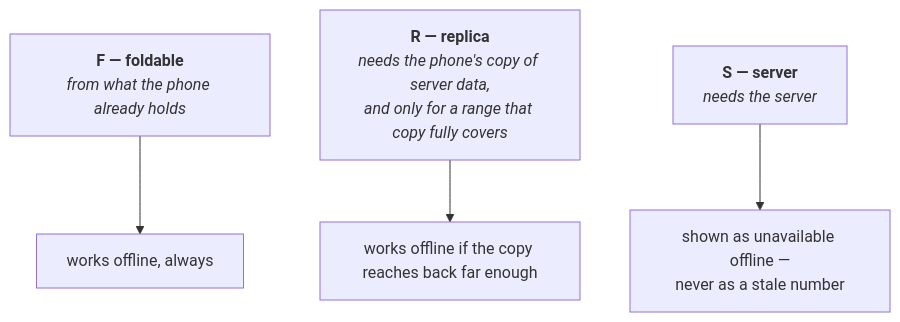
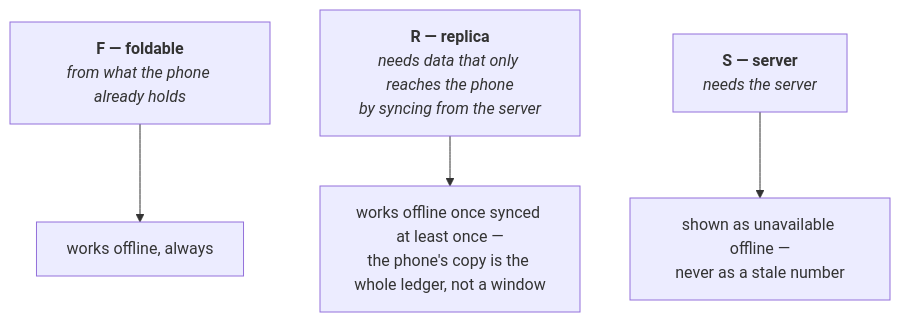
Before and after one commit to VoltLightning/waltning: the second of 2 diagrams in docs/wiki/Money-and-FX.md, drawn with Mermaid. The commit also changed 24 other files, not shown here.

````diff
--- a/docs/wiki/Money-and-FX.md
+++ b/docs/wiki/Money-and-FX.md
@@ -96,6 +96,6 @@
 ```mermaid
 graph TB
     F["<b>F — foldable</b><br/><i>from what the phone already holds</i>"] --> FO["works offline, always"]
-    R["<b>R — replica</b><br/><i>needs the phone's copy of server data,<br/>and only for a range that copy fully covers</i>"] --> RO["works offline if the copy reaches back far enough"]
+    R["<b>R — replica</b><br/><i>needs data that only reaches the phone<br/>by syncing from the server</i>"] --> RO["works offline once synced at least once —<br/>the phone's copy is the whole ledger, not a window"]
     S["<b>S — server</b><br/><i>needs the server</i>"] --> SO["shown as unavailable offline —<br/>never as a stale number"]
 ```
````
